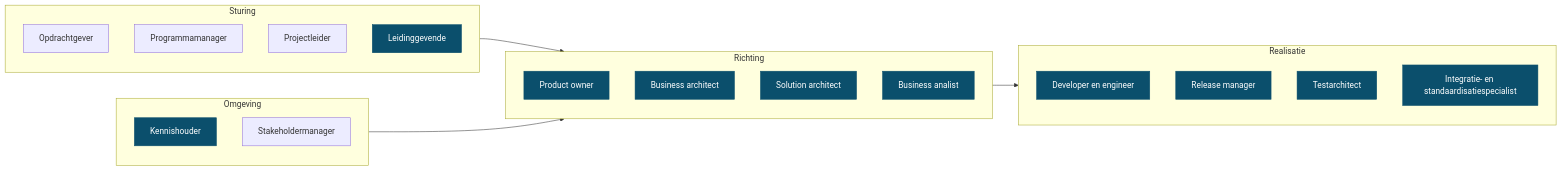
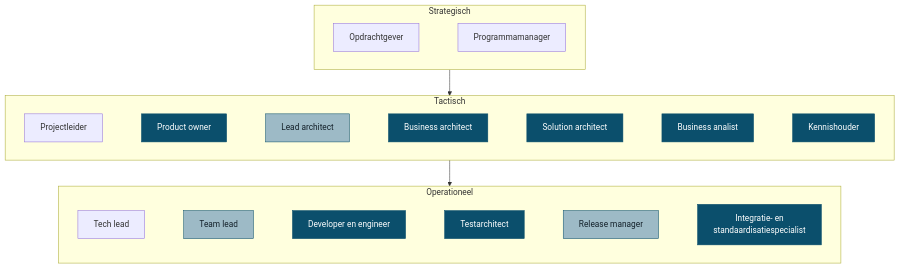
One commit to Npuls-OKx/meta changed the second of 2 diagrams in presentaties/src/260903_rollen.md. Above: the diagram before and after it, drawn with Mermaid. The commit also changed other lines of this file, not shown here.

````diff
--- a/presentaties/src/260903_rollen.md
+++ b/presentaties/src/260903_rollen.md
@@ -95,38 +144,28 @@
 ```mermaid
-flowchart LR
-  subgraph sturing["Sturing"]
-    OG["Opdrachtgever"]
-    PM["Programmamanager"]
-    PL["Projectleider"]
-    LG["Leidinggevende"]
+flowchart TB
+  subgraph S["Strategisch"]
+    direction LR
+    OG["Opdrachtgever"] ~~~ PM["Programmamanager"]
   end
-  subgraph richting["Richting"]
-    PO["Product owner"]
-    BAR["Business architect"]
-    SA["Solution architect"]
-    BA["Business analist"]
+  subgraph T["Tactisch"]
+    direction LR
+    PL["Projectleider"] ~~~ PO["Product owner"] ~~~ LA["Lead architect"] ~~~ BAR["Business architect"] ~~~ SA["Solution architect"] ~~~ BA["Business analist"] ~~~ KH["Kennishouder"]
   end
-  subgraph realisatie["Realisatie"]
-    EN["Developer en engineer"]
-    RM["Release manager"]
-    TA["Testarchitect"]
-    IS["Integratie- en standaardisatiespecialist"]
+  subgraph O["Operationeel"]
+    direction LR
+    TL["Tech lead"] ~~~ TML["Team lead"] ~~~ EN["Developer en engineer"] ~~~ TA["Testarchitect"] ~~~ RM["Release manager"] ~~~ IS["Integratie- en<br/>standaardisatiespecialist"]
   end
-  subgraph omgeving["Omgeving"]
-    KH["Kennishouder"]
-    SM["Stakeholdermanager"]
-  end
-  sturing --> richting
-  richting --> realisatie
-  omgeving --> richting
-  style LG fill:#0B4F6C,stroke:#0B4F6C,color:#fff
+  S --> T
+  T --> O
   style PO fill:#0B4F6C,stroke:#0B4F6C,color:#fff
   style BAR fill:#0B4F6C,stroke:#0B4F6C,color:#fff
   style SA fill:#0B4F6C,stroke:#0B4F6C,color:#fff
   style BA fill:#0B4F6C,stroke:#0B4F6C,color:#fff
+  style KH fill:#0B4F6C,stroke:#0B4F6C,color:#fff
   style EN fill:#0B4F6C,stroke:#0B4F6C,color:#fff
-  style RM fill:#0B4F6C,stroke:#0B4F6C,color:#fff
   style TA fill:#0B4F6C,stroke:#0B4F6C,color:#fff
   style IS fill:#0B4F6C,stroke:#0B4F6C,color:#fff
-  style KH fill:#0B4F6C,stroke:#0B4F6C,color:#fff
+  style LA fill:#9dbac6,stroke:#0B4F6C,color:#132029
+  style TML fill:#9dbac6,stroke:#0B4F6C,color:#132029
+  style RM fill:#9dbac6,stroke:#0B4F6C,color:#132029
 ```
````
